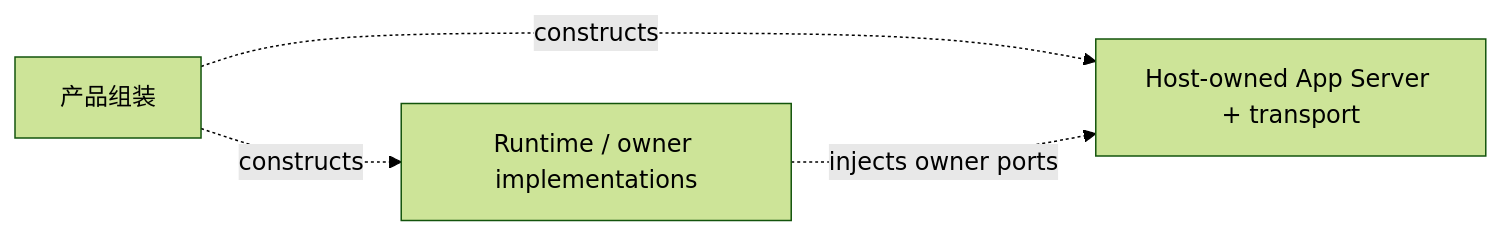
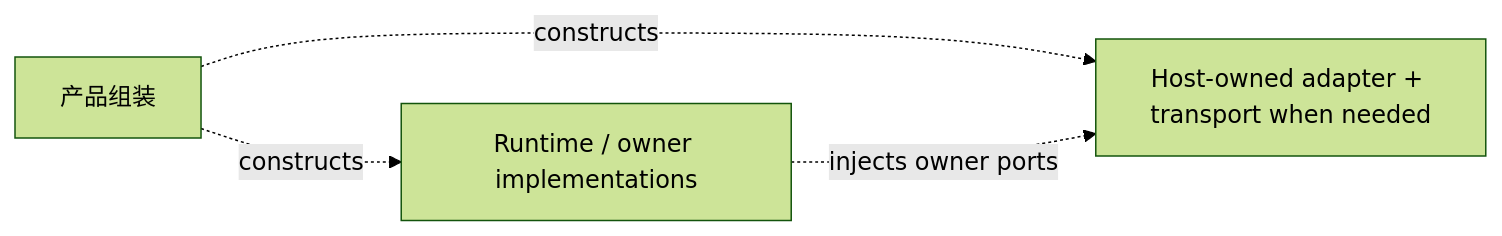
The seventh of 16 diagrams in docs/architecture/product-architecture.md (1688mengdie/BitFun), drawn with Mermaid (forest theme) before and after one commit. The commit also changed other lines of this file and 4 other files, not shown here.

````diff
--- a/docs/architecture/product-architecture.md
+++ b/docs/architecture/product-architecture.md
@@ -570,6 +580,6 @@
 ```mermaid
 flowchart LR
-  Assembly["产品组装"] -. "constructs" .-> Host["Host-owned App Server + transport"]
+  Assembly["产品组装"] -. "constructs" .-> Host["Host-owned adapter + transport when needed"]
   Assembly -. "constructs" .-> Runtime["Runtime / owner implementations"]
   Runtime -. "injects owner ports" .-> Host
 ```
````
